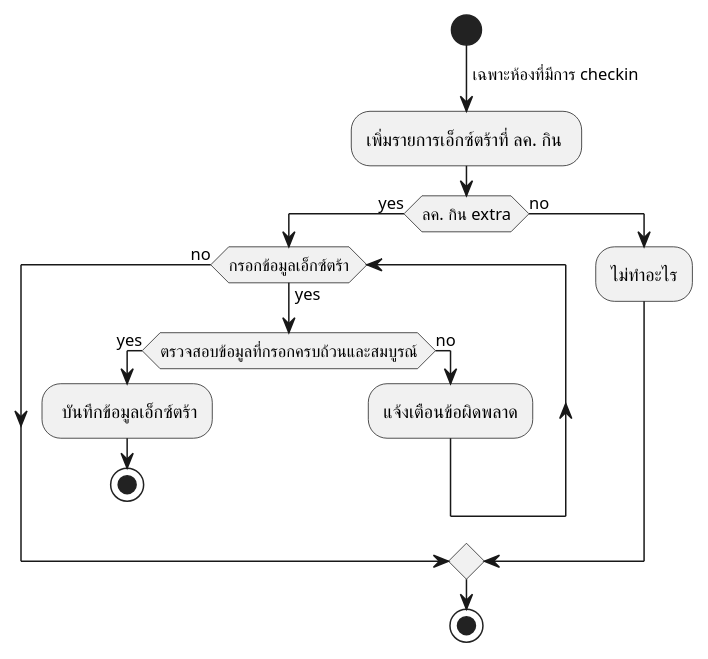
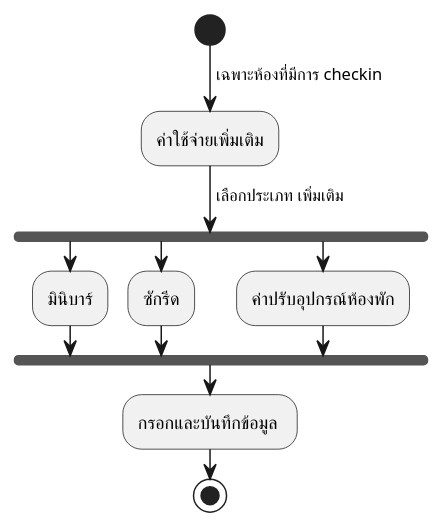
One commit to cheat13/Prompiman_Diagram changed the diagram in activity-diagram/Extra/Extra.md. Above: the diagram before and after it, drawn with PlantUML. The commit also changed 1 other file, not shown here.

Commit message:
new extra

```diff
--- a/activity-diagram/Extra/Extra.md
+++ b/activity-diagram/Extra/Extra.md
@@ -1,21 +1,17 @@
 @startuml
 start
  -> เฉพาะห้องที่มีการ checkin;
-  :เพิ่มรายการเอ็กซ์ตร้าที่ ลค. กิน ;
-  if(ลค. กิน extra) then (yes)
-while(กรอกข้อมูลเอ็กซ์ตร้า) is (yes)
-  if (ตรวจสอบข้อมูลที่กรอกครบถ้วนและสมบูรณ์) then (yes)
-    : บันทึกข้อมูลเอ็กซ์ตร้า;
-stop
-  else(no)
-  :แจ้งเตือนข้อผิดพลาด;
-    endif;
-endwhile(no)
+  :ค่าใช้จ่ายเพิ่มเติม;
+  -> เลือกประเภท เพิ่มเติม;
+fork
+	:มินิบาร์;
+  fork again
+	:ซักรีด;
+  fork again
+	:ค่าปรับอุปกรณ์ห้องพัก;
+  end fork
 
-else (no)
-  :ไม่ทำอะไร;
-
-endif
+  :กรอกและบันทึกข้อมูล ; 
 stop;
 
 @enduml
```
